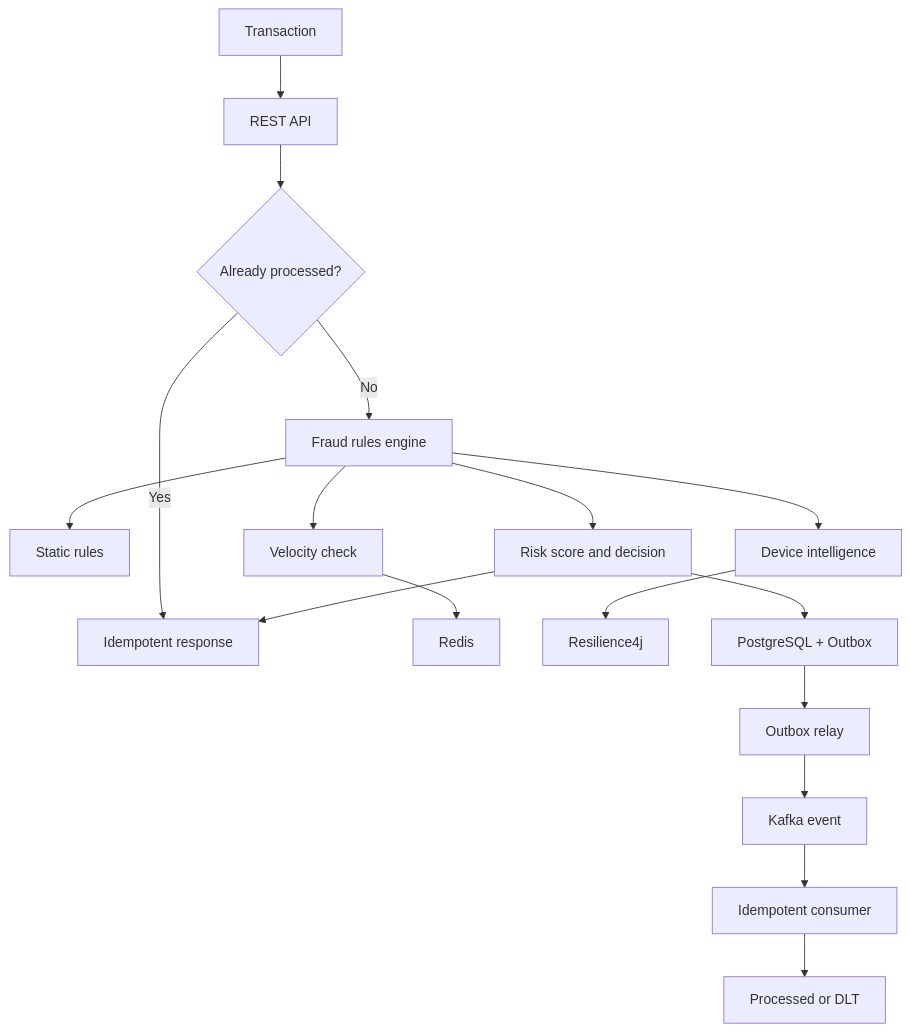
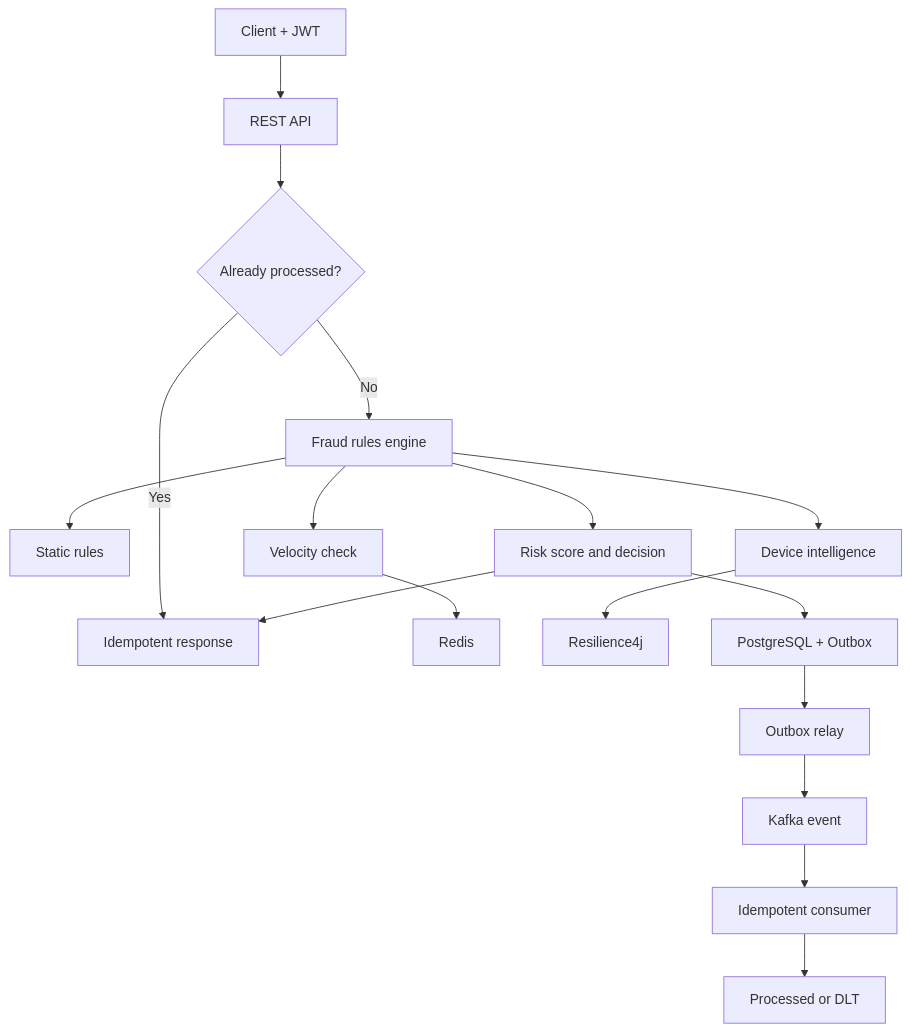
The diagram in README.md (juceliocoelho2022/sentinelfraud-platform), drawn with Mermaid before and after one commit. The commit also changed other lines of this file and 12 other files, not shown here.

Commit message:
feat: secure API with JWT authentication and RBAC

````diff
--- a/README.md
+++ b/README.md
@@ -53,19 +54,19 @@
 ```mermaid
 flowchart TD
-    A["Transaction"] --> B["REST API"]
+    A["Client + JWT"] --> B["REST API"]
     B --> C{"Already processed?"}
     C -->|Yes| D["Idempotent response"]
     C -->|No| E["Fraud rules engine"]
     E --> F["Static rules"]
     E --> G["Velocity check"]
     G --> H["Redis"]
     E --> M["Device intelligence"]
     M --> N["Resilience4j"]
     E --> I["Risk score and decision"]
     I --> J["PostgreSQL + Outbox"]
     J --> K["Outbox relay"]
     K --> L["Kafka event"]
     L --> O["Idempotent consumer"]
     O --> P["Processed or DLT"]
     I --> D
 ```
````
